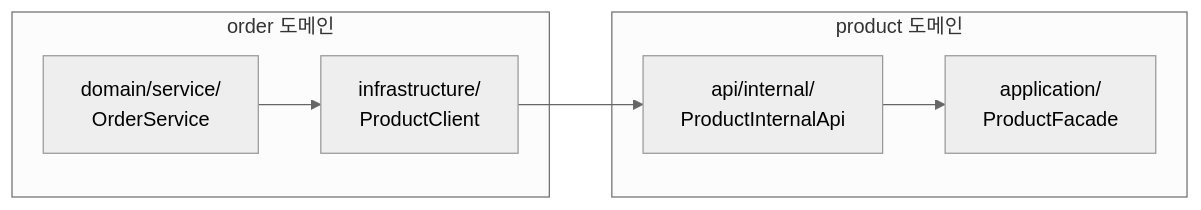
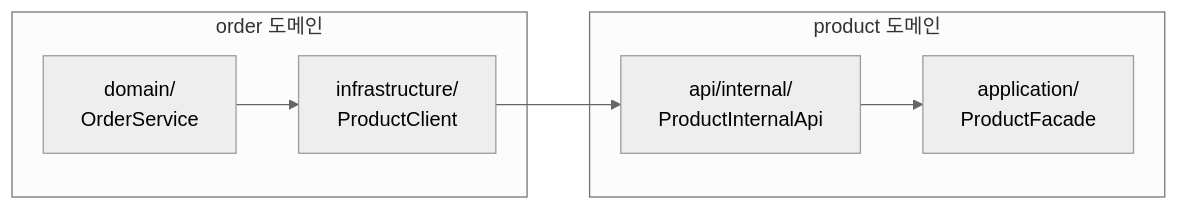
The third of 6 diagrams in resources/skills/dev/me-refactor-layered-arch/refs/application-architecture.md (e-build/my-agent-prompt), drawn with Mermaid (neutral theme) before and after one commit. The commit also changed other lines of this file and 2 other files, not shown here.

````diff
--- a/resources/skills/dev/me-refactor-layered-arch/refs/application-architecture.md
+++ b/resources/skills/dev/me-refactor-layered-arch/refs/application-architecture.md
@@ -252,16 +258,16 @@
 ```mermaid
 flowchart LR
     subgraph order["order 도메인"]
-        OrderService["domain/service/<br/>OrderService"]
+        OrderService["domain/<br/>OrderService"]
         ProductClient["infrastructure/<br/>ProductClient"]
     end
     
     subgraph product["product 도메인"]
         ProductInternalApi["api/internal/<br/>ProductInternalApi"]
         ProductFacade["application/<br/>ProductFacade"]
     end
     
     OrderService --> ProductClient
     ProductClient --> ProductInternalApi
     ProductInternalApi --> ProductFacade
 ```
````
